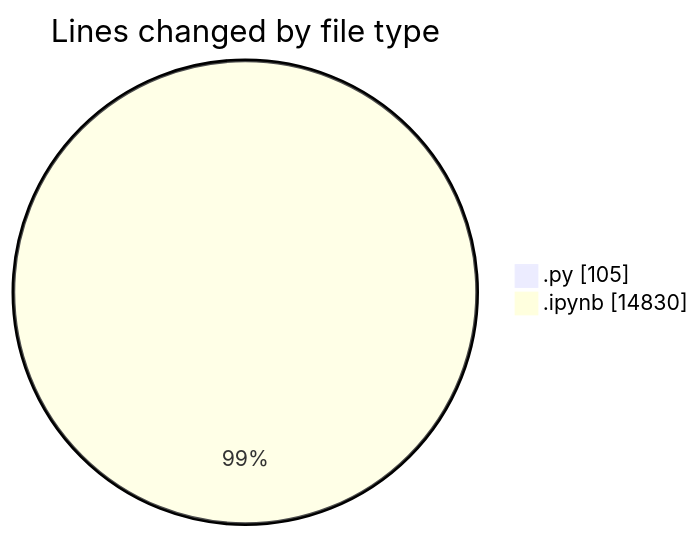
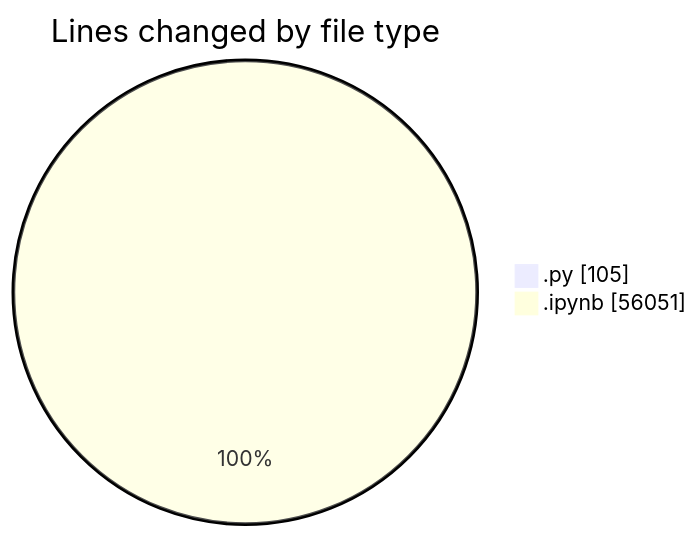
The first of 2 diagrams in 2025-10-07/untitled__workspace_/README.md (MatusMokan/code-tracking), drawn with Mermaid before and after one commit. The commit also changed other lines of this file and 1 other file, not shown here.

````diff
--- a/2025-10-07/untitled__workspace_/README.md
+++ b/2025-10-07/untitled__workspace_/README.md
@@ -21,6 +21,6 @@
 ```mermaid
 pie showData
 title Lines changed by file type
 ".py" : 105
-".ipynb" : 14830
+".ipynb" : 56051
 ```
````
